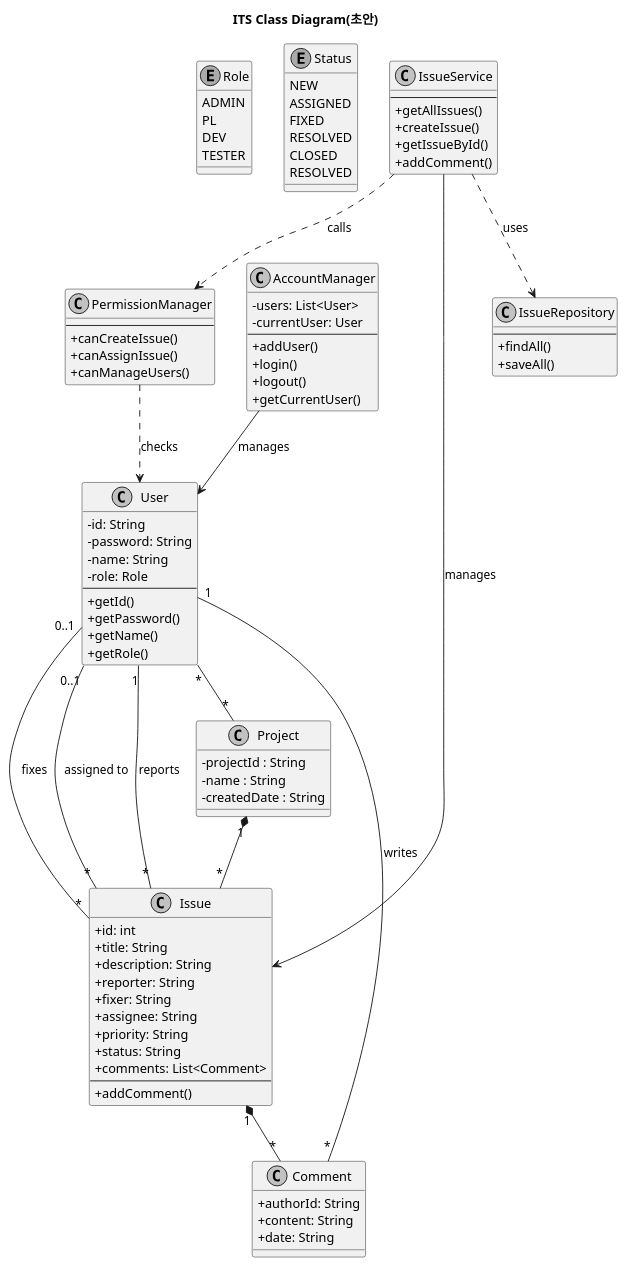
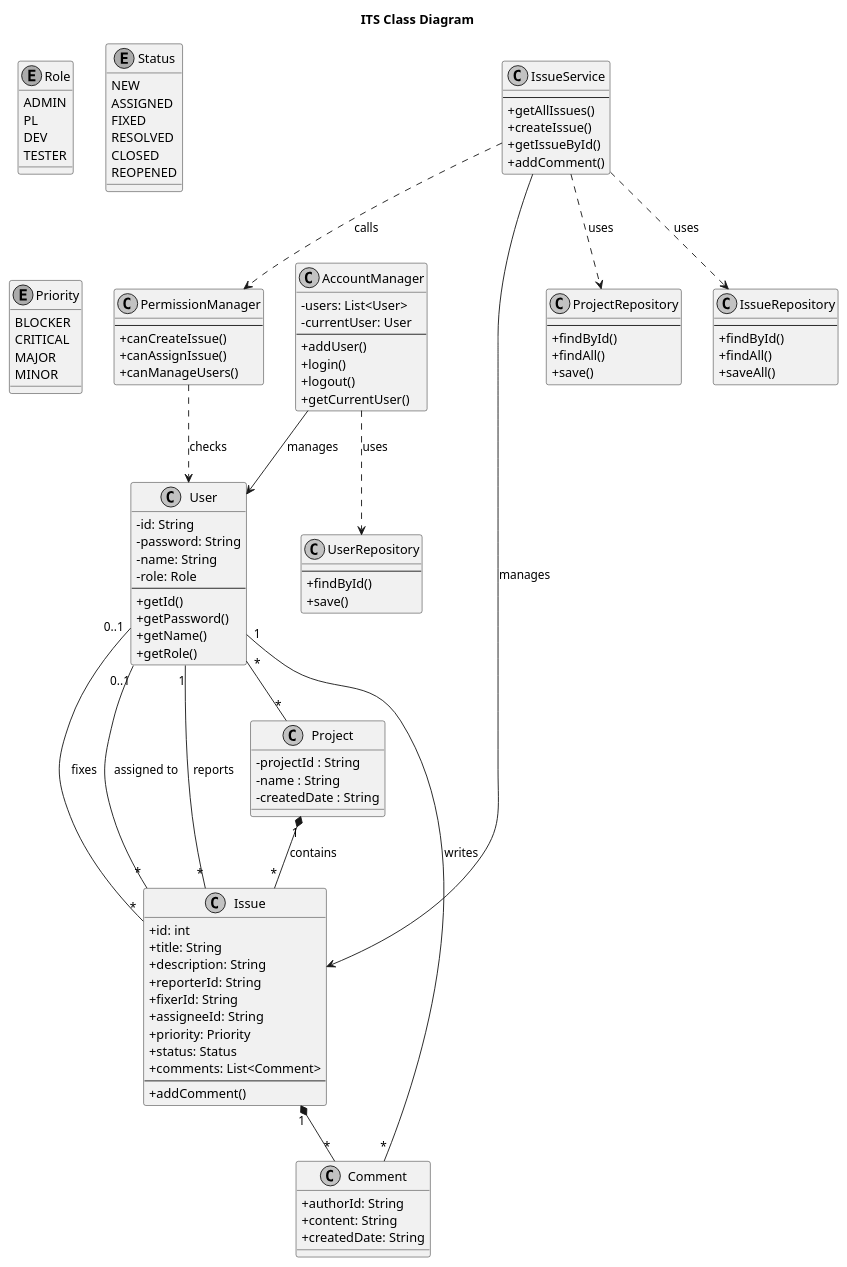
One commit to SoftwareEngineeringTeam10/SE-IssueTrackingSystem changed the diagram in docs/analysis/class_diagram/class_diagram_issue.puml. Above: the diagram before and after it, drawn with PlantUML. The commit also changed 4 other files, not shown here.

Commit message:
docs : 피드백 반영 완료(class diagram, UC09 ssd+oc)

```diff
--- a/docs/analysis/class_diagram/class_diagram_issue.puml
+++ b/docs/analysis/class_diagram/class_diagram_issue.puml
@@ -1,122 +1,148 @@
 @startuml
 skinparam classAttributeIconSize 0
 skinparam monochrome true
 skinparam shadowing false
 
-title ITS Class Diagram(초안)
+title ITS Class Diagram
 
 ' --- Enums ---
 enum Role {
     ADMIN
     PL
     DEV
     TESTER
 }
 
 enum Status {
     NEW
     ASSIGNED
     FIXED
     RESOLVED
     CLOSED
-    RESOLVED
+    REOPENED
+}
+
+enum Priority {
+    BLOCKER
+    CRITICAL
+    MAJOR
+    MINOR
 }
 
 ' --- Entities ---
 class Project {
     - projectId : String
     - name : String
     - createdDate : String
 }
 
 class Issue {
     + id: int
     + title: String
     + description: String
-    + reporter: String
-    + fixer: String
-    + assignee: String
-    + priority: String
-    + status: String
+    + reporterId: String
+    + fixerId: String
+    + assigneeId: String
+    + priority: Priority
+    + status: Status
     + comments: List<Comment>
     --
     + addComment()
 }
 
 class Comment {
     + authorId: String
     + content: String
-    + date: String
+    + createdDate: String
 }
 
 class User {
     - id: String
     - password: String
     - name: String
     - role: Role
     --
     + getId()
     + getPassword()
     + getName()
     + getRole()
 }
 
 ' --- Managers & Logic ---
 class AccountManager {
     - users: List<User>
     - currentUser: User
     --
     + addUser()
     + login()
     + logout()
     + getCurrentUser()
 }
 
 class PermissionManager {
     --
     + canCreateIssue()
     + canAssignIssue()
     + canManageUsers()
 }
 
 class IssueService {
     --
     + getAllIssues()
     + createIssue()
     + getIssueById()
     + addComment()
 }
 
+' --- 🛠️ Repository 계층 분리 완료 ---
+class UserRepository {
+    --
+    + findById()
+    + save()
+}
+
+class ProjectRepository {
+    --
+    + findById()
+    + findAll()
+    + save()
+}
+
 class IssueRepository {
     --
+    + findById()
     + findAll()
     + saveAll()
 }
 
 ' --- Relationships ---
 
-' 1. Project가 Issue를 포함 (1 : *) - 최상위 계층
-Project "1" *-- "*" Issue
+' 1. Project가 Issue를 포함
+Project "1" *-- "*" Issue : contains
 
-' 2. Issue가 Comment를 포함 (1 : *) - Composition
+' 2. Issue가 Comment를 포함 (Composition)
 Issue "1" *-- "*" Comment
 
-' 3. User와 Issue의 관계 (다중도 반영)
+' 3. User와 Issue의 관계
 User "1" -- "*" Issue : reports
 User "0..1" -- "*" Issue : assigned to
 User "0..1" -- "*" Issue : fixes
 
 ' 4. User와 Comment의 관계
 User "1" -- "*" Comment : writes
+
 ' 5. User와 Project와의 관계
 User "*" -- "*" Project
 
-' 6. 시스템 로직 연관 관계
+' 6. 시스템 로직 및 저장소(Repository) 연관 관계
 IssueService ..> PermissionManager : calls
 IssueService --> Issue : manages
-IssueService ..> IssueRepository : uses
 AccountManager --> User : manages
 PermissionManager ..> User : checks
 
+' 각 서비스와 매니저가 필요한 저장소를 각각 의존하도록 수정
+IssueService ..> IssueRepository : uses
+IssueService ..> ProjectRepository : uses
+AccountManager ..> UserRepository : uses
 
 @enduml
```
